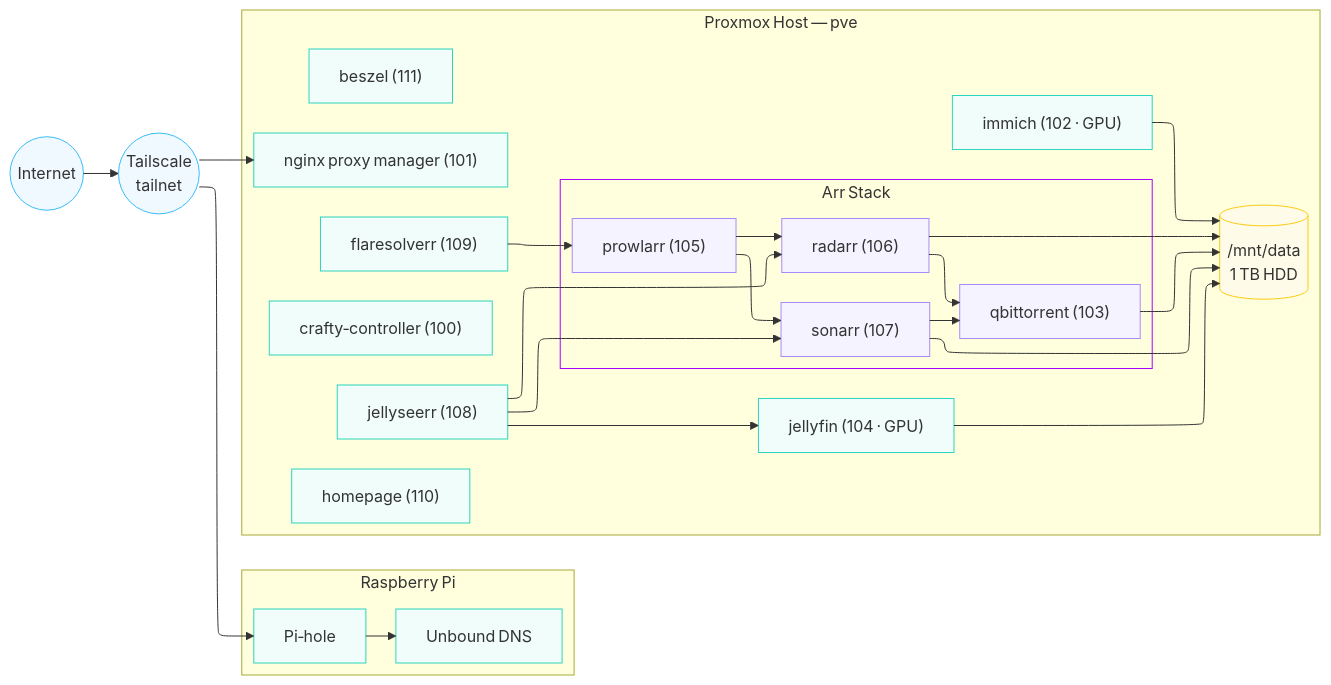
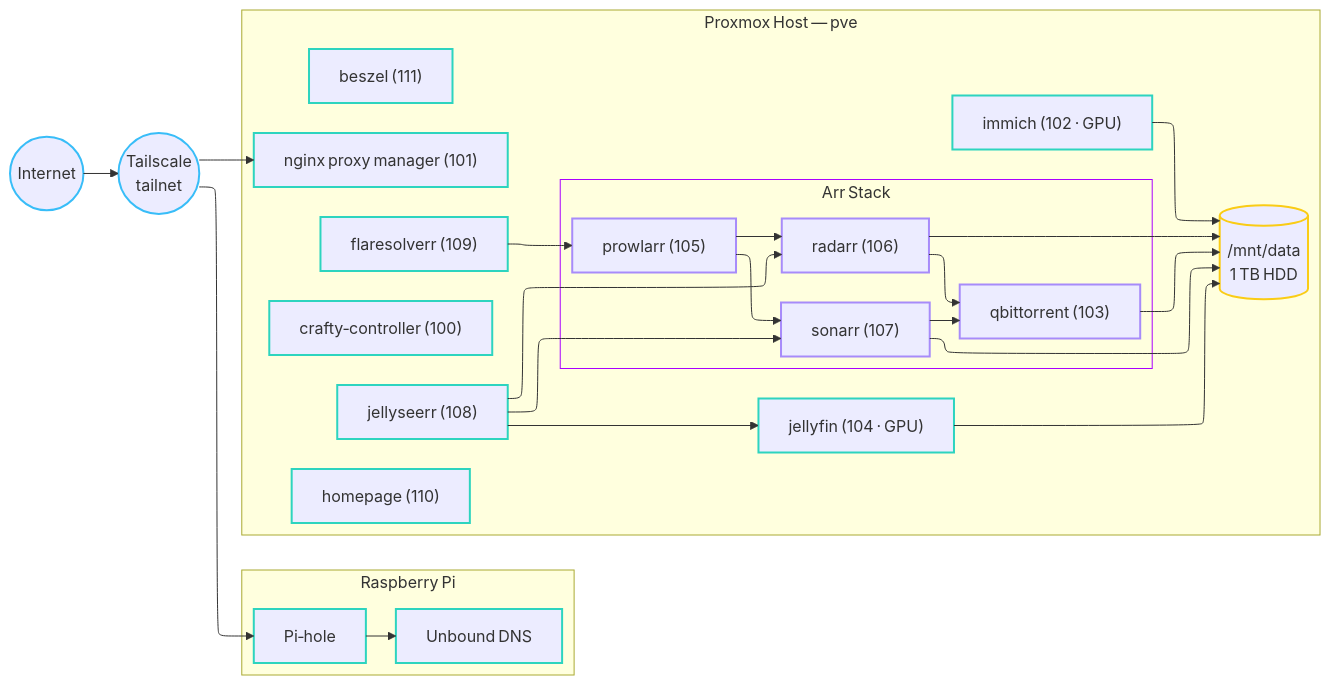
Before and after one commit to EthanFavis/Ethanet: the diagram in README.md, drawn with Mermaid. The commit also changed 1 other file, not shown here.

Commit message:
Drop fill colors from diagram classDefs
Pastel fills washed out on GitHub's dark theme and reduced text
contrast. Strokes carry the same category coloring on both themes.

````diff
--- a/README.md
+++ b/README.md
@@ -71,64 +71,64 @@
 ```mermaid
 ---
 config:
   layout: elk
 ---
 flowchart LR
  subgraph Pi["Raspberry Pi"]
         Pihole["Pi‑hole"]
         Unbound["Unbound DNS"]
   end
  subgraph ARR["Arr Stack"]
         Prowlarr["prowlarr (105)"]
         Radarr["radarr (106)"]
         Sonarr["sonarr (107)"]
         QB["qbittorrent (103)"]
   end
  subgraph PVE["Proxmox Host — pve"]
         Homepage["homepage (110)"]
         NPM["nginx proxy manager (101)"]
         Crafty["crafty‑controller (100)"]
         Beszel["beszel (111)"]
         Flare["flaresolverr (109)"]
         ARR
         Seerr["jellyseerr (108)"]
         Jellyfin["jellyfin (104 · GPU)"]
         Immich["immich (102 · GPU)"]
         Storage[("/mnt/data<br>1 TB HDD")]
   end
     Internet(("Internet")) --> Tailnet(("Tailscale<br>tailnet"))
     Pihole --> Unbound
     Prowlarr --> Radarr & Sonarr
     Radarr --> QB & Storage
     Sonarr --> QB & Storage
     Tailnet --> Pihole & NPM
     Flare --> Prowlarr
     Seerr --> Radarr & Sonarr & Jellyfin
     QB --> Storage
     Jellyfin --> Storage
     Immich --> Storage
 
      Internet:::network
      Tailnet:::network
      Pihole:::service
      Unbound:::service
      Homepage:::service
      NPM:::service
      Crafty:::service
      Beszel:::service
      Flare:::service
      Prowlarr:::media
      Radarr:::media
      Sonarr:::media
      QB:::media
      Seerr:::service
      Jellyfin:::service
      Immich:::service
      Storage:::storage
-    classDef infra stroke:#818cf8,fill:#eef2ff
-    classDef service stroke:#2dd4bf,fill:#f0fdfa
-    classDef storage stroke:#facc15,fill:#fefce8
-    classDef network stroke:#38bdf8,fill:#f0f9ff
-    classDef media stroke:#a78bfa,fill:#f5f3ff
+    classDef infra stroke:#818cf8,stroke-width:2px
+    classDef service stroke:#2dd4bf,stroke-width:2px
+    classDef storage stroke:#facc15,stroke-width:2px
+    classDef network stroke:#38bdf8,stroke-width:2px
+    classDef media stroke:#a78bfa,stroke-width:2px
     style ARR stroke:#AA00FF
 ```
````
